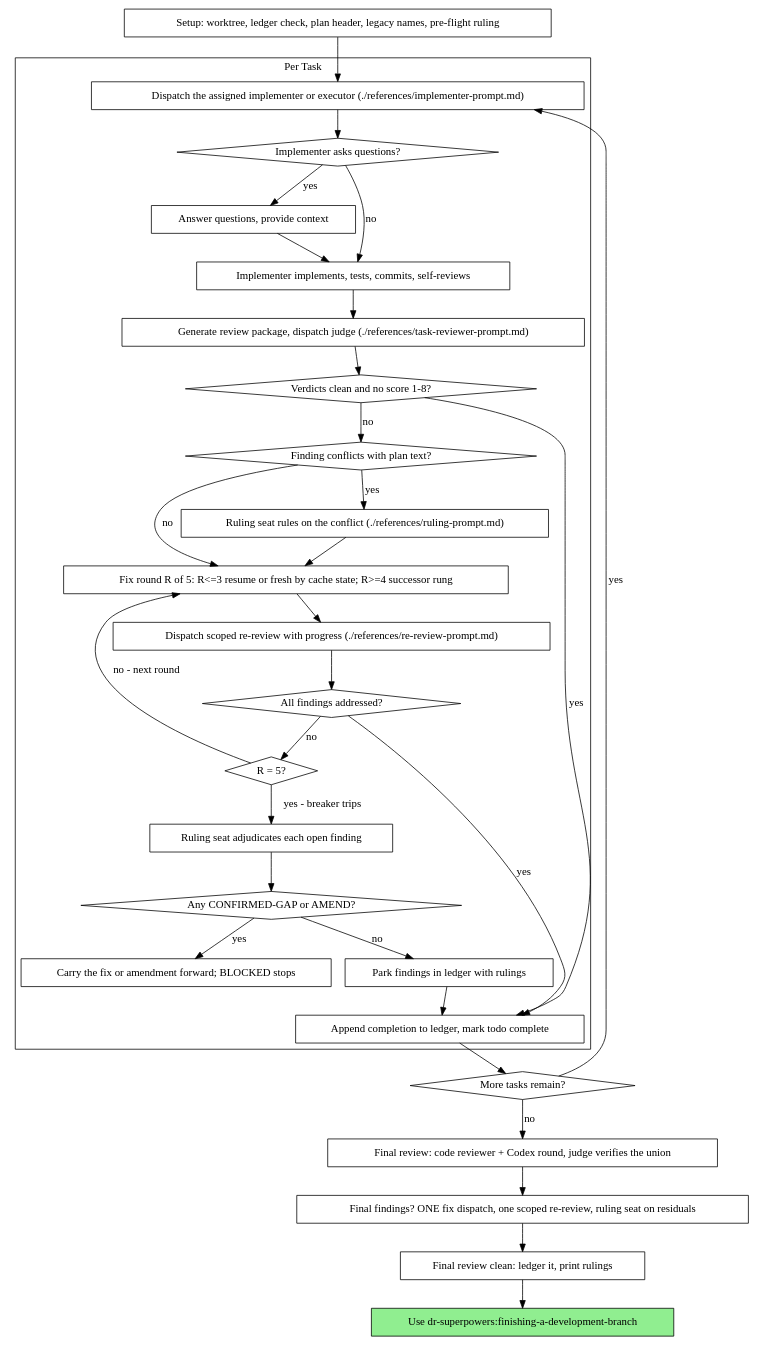
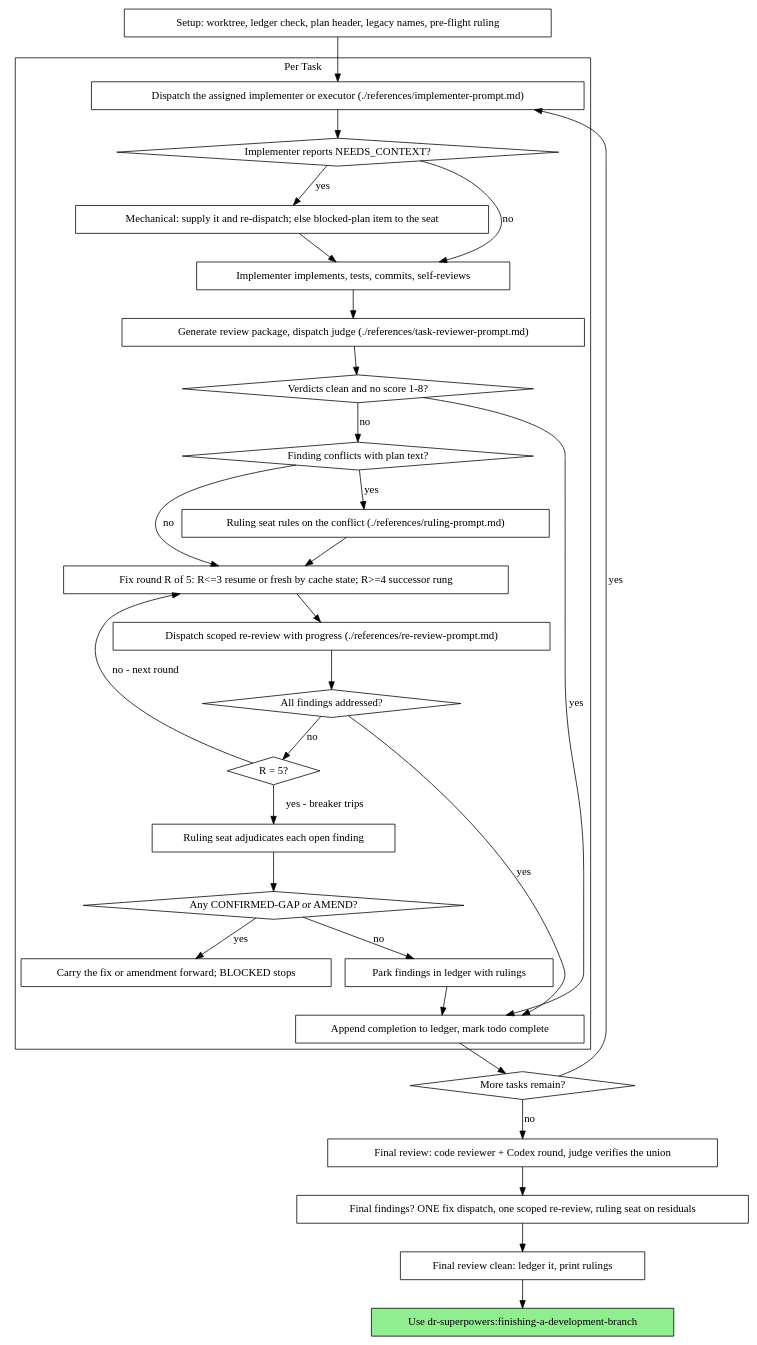
One commit to darkraise/darkraise-ai-plugins changed the diagram in plugins/dr-superpowers/skills/subagent-driven-development/SKILL.md. Above: the diagram before and after it, drawn with Graphviz. The commit also changed other lines of this file and 23 other files, not shown here.

````diff
--- a/plugins/dr-superpowers/skills/subagent-driven-development/SKILL.md
+++ b/plugins/dr-superpowers/skills/subagent-driven-development/SKILL.md
@@ -121,62 +95,62 @@
 ```dot
 digraph process {
     rankdir=TB;
 
     subgraph cluster_per_task {
         label="Per Task";
         "Dispatch the assigned implementer or executor (./references/implementer-prompt.md)" [shape=box];
-        "Implementer asks questions?" [shape=diamond];
-        "Answer questions, provide context" [shape=box];
+        "Implementer reports NEEDS_CONTEXT?" [shape=diamond];
+        "Mechanical: supply it and re-dispatch; else blocked-plan item to the seat" [shape=box];
         "Implementer implements, tests, commits, self-reviews" [shape=box];
         "Generate review package, dispatch judge (./references/task-reviewer-prompt.md)" [shape=box];
         "Verdicts clean and no score 1-8?" [shape=diamond];
         "Finding conflicts with plan text?" [shape=diamond];
         "Ruling seat rules on the conflict (./references/ruling-prompt.md)" [shape=box];
         "Fix round R of 5: R<=3 resume or fresh by cache state; R>=4 successor rung" [shape=box];
         "Dispatch scoped re-review with progress (./references/re-review-prompt.md)" [shape=box];
         "All findings addressed?" [shape=diamond];
         "R = 5?" [shape=diamond];
         "Ruling seat adjudicates each open finding" [shape=box];
         "Any CONFIRMED-GAP or AMEND?" [shape=diamond];
         "Carry the fix or amendment forward; BLOCKED stops" [shape=box];
         "Park findings in ledger with rulings" [shape=box];
         "Append completion to ledger, mark todo complete" [shape=box];
     }
 
     "Setup: worktree, ledger check, plan header, legacy names, pre-flight ruling" [shape=box];
     "More tasks remain?" [shape=diamond];
     "Final review: code reviewer + Codex round, judge verifies the union" [shape=box];
     "Final findings? ONE fix dispatch, one scoped re-review, ruling seat on residuals" [shape=box];
     "Final review clean: ledger it, print rulings" [shape=box];
     "Use dr-superpowers:finishing-a-development-branch" [shape=box style=filled fillcolor=lightgreen];
 
     "Setup: worktree, ledger check, plan header, legacy names, pre-flight ruling" -> "Dispatch the assigned implementer or executor (./references/implementer-prompt.md)";
-    "Dispatch the assigned implementer or executor (./references/implementer-prompt.md)" -> "Implementer asks questions?";
-    "Implementer asks questions?" -> "Answer questions, provide context" [label="yes"];
-    "Answer questions, provide context" -> "Implementer implements, tests, commits, self-reviews";
-    "Implementer asks questions?" -> "Implementer implements, tests, commits, self-reviews" [label="no"];
+    "Dispatch the assigned implementer or executor (./references/implementer-prompt.md)" -> "Implementer reports NEEDS_CONTEXT?";
+    "Implementer reports NEEDS_CONTEXT?" -> "Mechanical: supply it and re-dispatch; else blocked-plan item to the seat" [label="yes"];
+    "Mechanical: supply it and re-dispatch; else blocked-plan item to the seat" -> "Implementer implements, tests, commits, self-reviews";
+    "Implementer reports NEEDS_CONTEXT?" -> "Implementer implements, tests, commits, self-reviews" [label="no"];
     "Implementer implements, tests, commits, self-reviews" -> "Generate review package, dispatch judge (./references/task-reviewer-prompt.md)";
     "Generate review package, dispatch judge (./references/task-reviewer-prompt.md)" -> "Verdicts clean and no score 1-8?";
     "Verdicts clean and no score 1-8?" -> "Append completion to ledger, mark todo complete" [label="yes"];
     "Verdicts clean and no score 1-8?" -> "Finding conflicts with plan text?" [label="no"];
     "Finding conflicts with plan text?" -> "Ruling seat rules on the conflict (./references/ruling-prompt.md)" [label="yes"];
     "Ruling seat rules on the conflict (./references/ruling-prompt.md)" -> "Fix round R of 5: R<=3 resume or fresh by cache state; R>=4 successor rung";
     "Finding conflicts with plan text?" -> "Fix round R of 5: R<=3 resume or fresh by cache state; R>=4 successor rung" [label="no"];
     "Fix round R of 5: R<=3 resume or fresh by cache state; R>=4 successor rung" -> "Dispatch scoped re-review with progress (./references/re-review-prompt.md)";
     "Dispatch scoped re-review with progress (./references/re-review-prompt.md)" -> "All findings addressed?";
     "All findings addressed?" -> "Append completion to ledger, mark todo complete" [label="yes"];
     "All findings addressed?" -> "R = 5?" [label="no"];
     "R = 5?" -> "Fix round R of 5: R<=3 resume or fresh by cache state; R>=4 successor rung" [label="no - next round"];
     "R = 5?" -> "Ruling seat adjudicates each open finding" [label="yes - breaker trips"];
     "Ruling seat adjudicates each open finding" -> "Any CONFIRMED-GAP or AMEND?";
     "Any CONFIRMED-GAP or AMEND?" -> "Carry the fix or amendment forward; BLOCKED stops" [label="yes"];
     "Any CONFIRMED-GAP or AMEND?" -> "Park findings in ledger with rulings" [label="no"];
     "Park findings in ledger with rulings" -> "Append completion to ledger, mark todo complete";
     "Append completion to ledger, mark todo complete" -> "More tasks remain?";
     "More tasks remain?" -> "Dispatch the assigned implementer or executor (./references/implementer-prompt.md)" [label="yes"];
     "More tasks remain?" -> "Final review: code reviewer + Codex round, judge verifies the union" [label="no"];
     "Final review: code reviewer + Codex round, judge verifies the union" -> "Final findings? ONE fix dispatch, one scoped re-review, ruling seat on residuals";
     "Final findings? ONE fix dispatch, one scoped re-review, ruling seat on residuals" -> "Final review clean: ledger it, print rulings";
     "Final review clean: ledger it, print rulings" -> "Use dr-superpowers:finishing-a-development-branch";
 }
 ```
````
